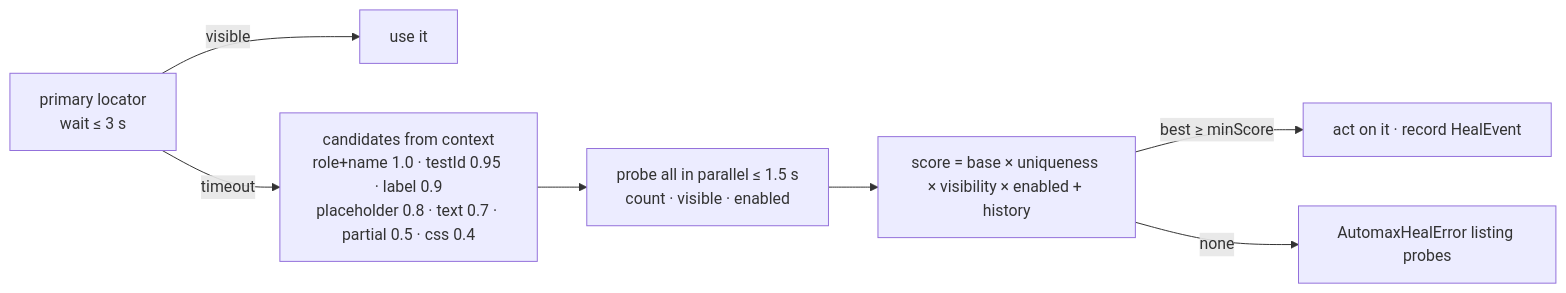
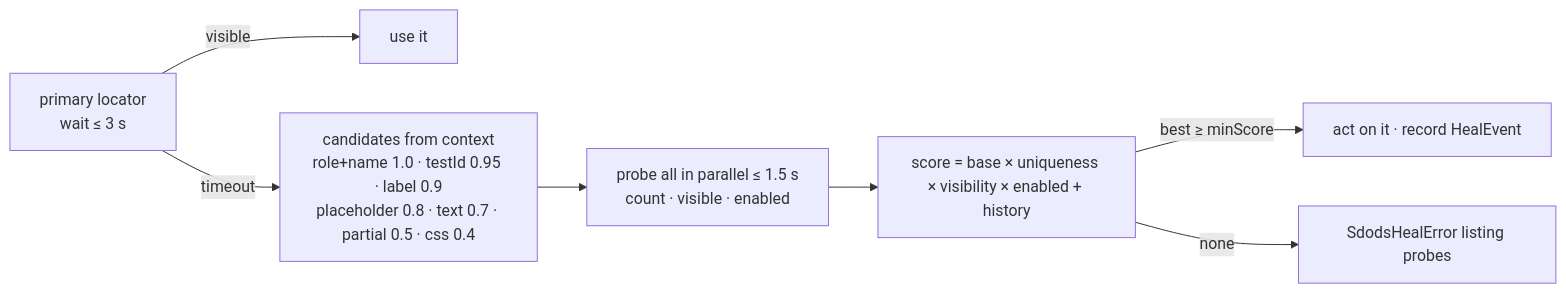
Before and after one commit to YarlisAISolutions/SDODS: the diagram in apps/docs/content/docs/guides/self-healing.mdx, drawn with Mermaid. The commit also changed other lines of this file and 466 other files, not shown here.

````diff
--- a/apps/docs/content/docs/guides/self-healing.mdx
+++ b/apps/docs/content/docs/guides/self-healing.mdx
@@ -21,9 +21,9 @@
 ```mermaid
 flowchart LR
   P["primary locator<br/>wait ≤ 3 s"] -->|visible| OK["use it"]
   P -->|timeout| C["candidates from context<br/>role+name 1.0 · testId 0.95 · label 0.9<br/>placeholder 0.8 · text 0.7 · partial 0.5 · css 0.4"]
   C --> PR["probe all in parallel ≤ 1.5 s<br/>count · visible · enabled"]
   PR --> S["score = base × uniqueness × visibility × enabled + history"]
   S -->|best ≥ minScore| H["act on it · record HealEvent"]
-  S -->|none| E["AutomaxHealError listing probes"]
+  S -->|none| E["SdodsHealError listing probes"]
 ```
````
